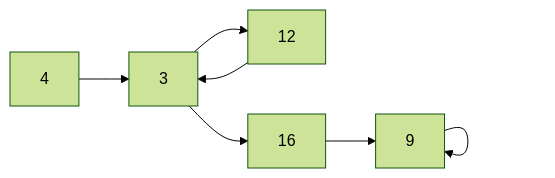
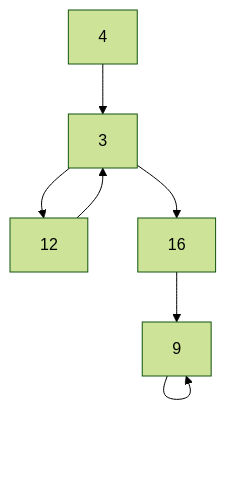
Before and after one commit to Jeffrey-S-Smith/reading-notes-401: the diagram in remove-duplicates-from-a-linked-list.md, drawn with Mermaid (forest theme).

````diff
--- a/remove-duplicates-from-a-linked-list.md
+++ b/remove-duplicates-from-a-linked-list.md
@@ -15,4 +15,4 @@
 ```mermaid
-flowchart LR
+flowchart 
 4 --> 3 --> 12 --> 3 --> 16 --> 9 --> 9;
 ```
````
